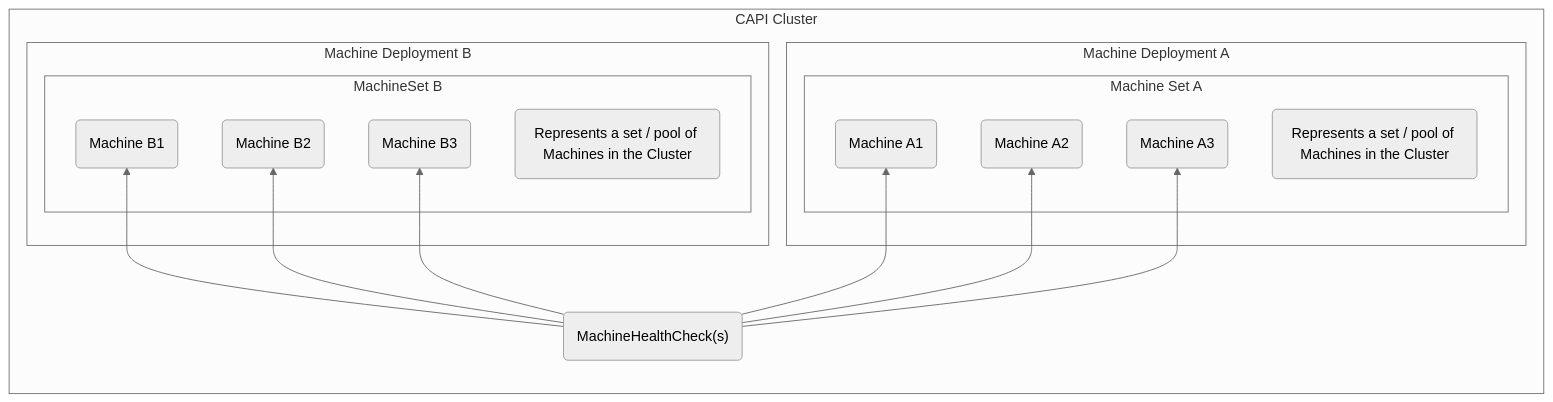
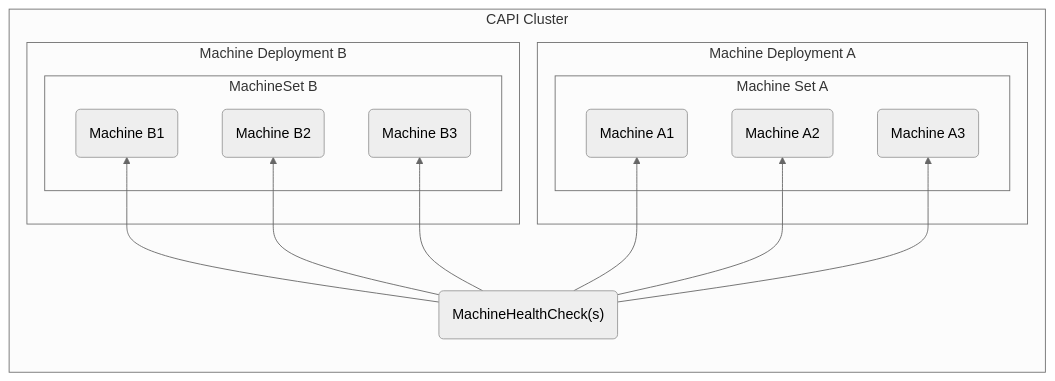
One commit to aiyengar2/k8s-docs changed the first of 2 diagrams in docs/provisioning/00_capi.md. Above: the diagram before and after it, drawn with Mermaid (neutral theme). The commit also changed other lines of this file, not shown here.

````diff
--- a/docs/provisioning/00_capi.md
+++ b/docs/provisioning/00_capi.md
@@ -16,31 +22,29 @@
 ```mermaid
 graph TD
     subgraph CAPI Cluster
     direction BT
     subgraph Machine Deployment A
     subgraph Machine Set A
     MachineA1("Machine A1")
     MachineA2("Machine A2")
     MachineA3("Machine A3")
-    MachineSetDescriptionA("Represents a set / pool of Machines in the Cluster")
     end
     end
     subgraph Machine Deployment B
     subgraph MachineSet B
     MachineB1("Machine B1")
     MachineB2("Machine B2")
     MachineB3("Machine B3")
-    MachineSetDescriptionB("Represents a set / pool of Machines in the Cluster")
     end
 
     end
     MachineHealthCheck("MachineHealthCheck(s)")
     end
 
     MachineHealthCheck-->MachineA1
     MachineHealthCheck-->MachineA2
     MachineHealthCheck-->MachineA3
     MachineHealthCheck-->MachineB1
     MachineHealthCheck-->MachineB2
     MachineHealthCheck-->MachineB3
 ```
````
